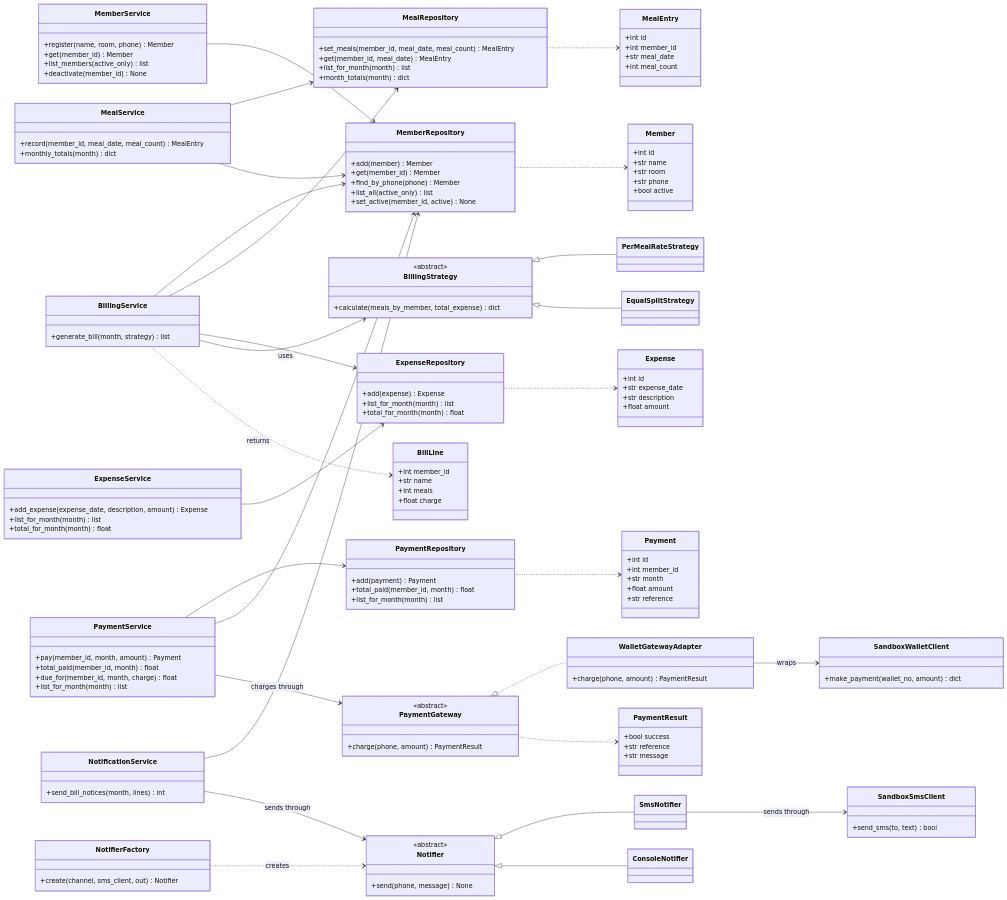
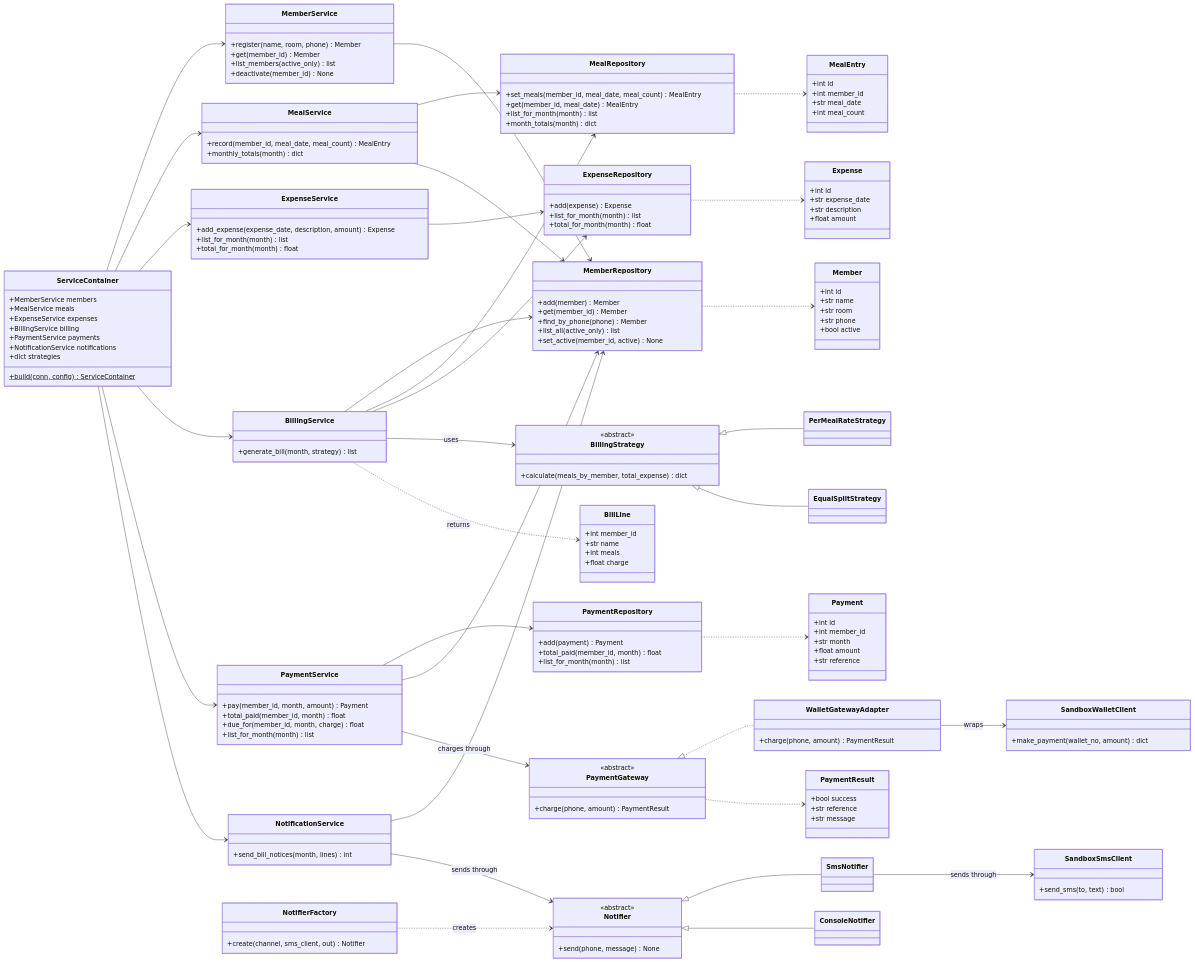
The diagram in docs/uml/class-diagram.md (argh-finds404/messmate), drawn with Mermaid before and after one commit. The commit also changed other lines of this file and 2 other files, not shown here.

Commit message:
docs(design): sync diagrams and tables with the final code

```diff
--- a/docs/uml/class-diagram.md
+++ b/docs/uml/class-diagram.md
@@ -127,6 +127,17 @@
         +create(channel, sms_client, out) Notifier
     }
 
+    class ServiceContainer {
+        +MemberService members
+        +MealService meals
+        +ExpenseService expenses
+        +BillingService billing
+        +PaymentService payments
+        +NotificationService notifications
+        +dict strategies
+        +build(conn, config)$ ServiceContainer
+    }
+
     MemberService --> MemberRepository
     MealService --> MealRepository
     MealService --> MemberRepository
@@ -154,6 +165,13 @@
     SmsNotifier --> SandboxSmsClient : sends through
     NotifierFactory ..> Notifier : creates
 
+    ServiceContainer --> MemberService
+    ServiceContainer --> MealService
+    ServiceContainer --> ExpenseService
+    ServiceContainer --> BillingService
+    ServiceContainer --> PaymentService
+    ServiceContainer --> NotificationService
+
     MemberRepository ..> Member
     MealRepository ..> MealEntry
     ExpenseRepository ..> Expense
```
